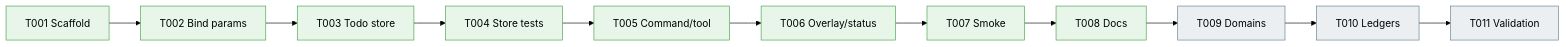
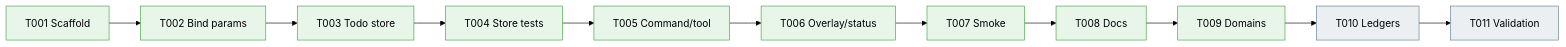
Before and after one commit to vaughanknight/pij: the third of 3 diagrams in docs/plans/010-sql-backed-todo-extension/sql-backed-todo-extension.fltplan.md, drawn with Mermaid (forest theme). The commit also changed other lines of this file and 6 other files, not shown here.

Commit message:
docs: record sql-backed todo domains

````diff
--- a/docs/plans/010-sql-backed-todo-extension/sql-backed-todo-extension.fltplan.md
+++ b/docs/plans/010-sql-backed-todo-extension/sql-backed-todo-extension.fltplan.md
@@ -128,9 +128,9 @@
 ```mermaid
 flowchart LR
     classDef pending fill:#ECEFF1,stroke:#607D8B,color:#000
     classDef active fill:#FFF3E0,stroke:#FB8C00,color:#000
     classDef done fill:#E8F5E9,stroke:#43A047,color:#000
     classDef blocked fill:#FFEBEE,stroke:#E53935,color:#000
 
-    S001[T001 Scaffold]:::done --> S002[T002 Bind params]:::done --> S003[T003 Todo store]:::done --> S004[T004 Store tests]:::done --> S005[T005 Command/tool]:::done --> S006[T006 Overlay/status]:::done --> S007[T007 Smoke]:::done --> S008[T008 Docs]:::done --> S009[T009 Domains]:::pending --> S010[T010 Ledgers]:::pending --> S011[T011 Validation]:::pending
+    S001[T001 Scaffold]:::done --> S002[T002 Bind params]:::done --> S003[T003 Todo store]:::done --> S004[T004 Store tests]:::done --> S005[T005 Command/tool]:::done --> S006[T006 Overlay/status]:::done --> S007[T007 Smoke]:::done --> S008[T008 Docs]:::done --> S009[T009 Domains]:::done --> S010[T010 Ledgers]:::pending --> S011[T011 Validation]:::pending
 ```
````
